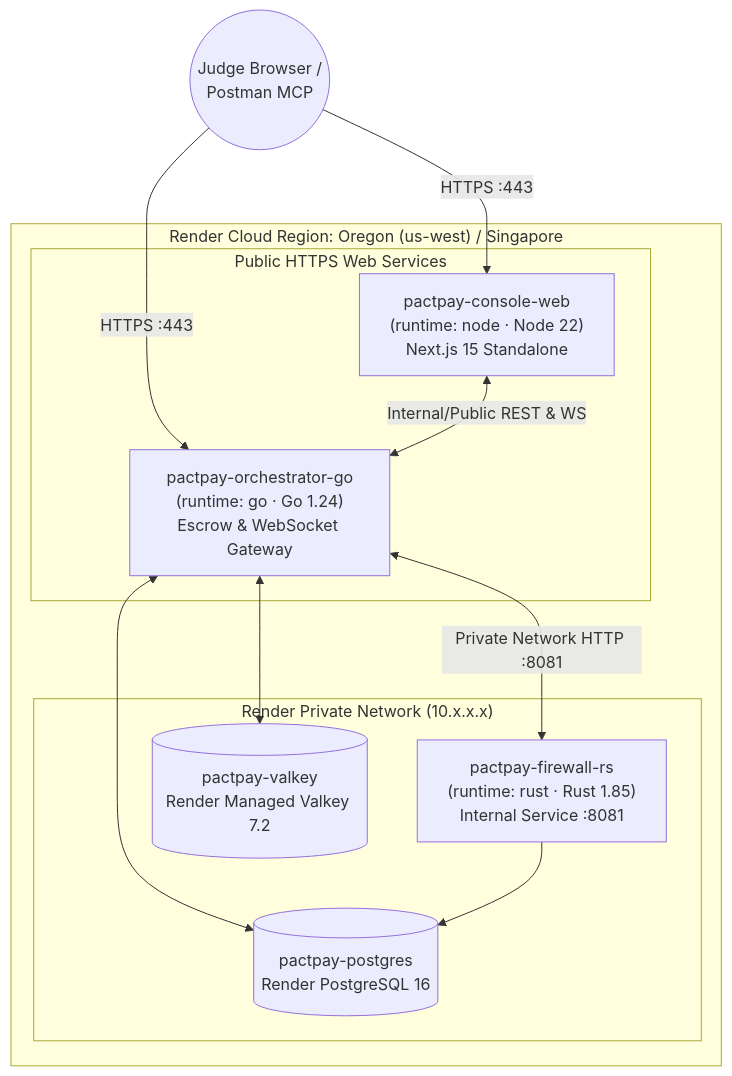
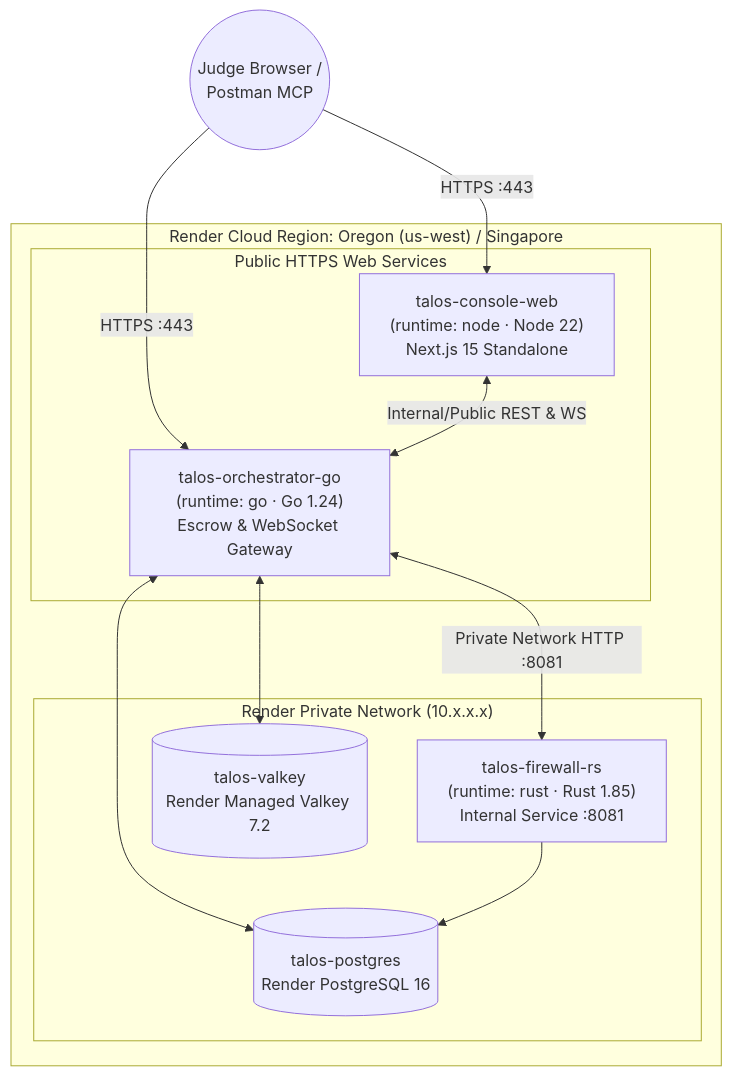
One commit to sruj08/Talos changed the ninth of 9 diagrams in docs/03-engineering/ARCHITECTURE.md. Above: the diagram before and after it, drawn with Mermaid. The commit also changed other lines of this file and 457 other files, not shown here.

Commit message:
feat: initialize polyglot project architecture with comprehensive documentation, Go orchestrator, and Rust firewall services

````diff
--- a/docs/03-engineering/ARCHITECTURE.md
+++ b/docs/03-engineering/ARCHITECTURE.md
@@ -261,21 +261,21 @@
 ```mermaid
 flowchart TB
     subgraph RenderCloud["Render Cloud Region: Oregon (us-west) / Singapore"]
         subgraph PublicServices["Public HTTPS Web Services"]
-            NextWeb["pactpay-console-web<br/>(runtime: node · Node 22)<br/>Next.js 15 Standalone"]
-            GoOrch["pactpay-orchestrator-go<br/>(runtime: go · Go 1.24)<br/>Escrow & WebSocket Gateway"]
+            NextWeb["talos-console-web<br/>(runtime: node · Node 22)<br/>Next.js 15 Standalone"]
+            GoOrch["talos-orchestrator-go<br/>(runtime: go · Go 1.24)<br/>Escrow & WebSocket Gateway"]
         end
 
         subgraph PrivateInternal["Render Private Network (10.x.x.x)"]
-            RustFw["pactpay-firewall-rs<br/>(runtime: rust · Rust 1.85)<br/>Internal Service :8081"]
-            PG16[("pactpay-postgres<br/>Render PostgreSQL 16")]
-            Valkey[("pactpay-valkey<br/>Render Managed Valkey 7.2")]
+            RustFw["talos-firewall-rs<br/>(runtime: rust · Rust 1.85)<br/>Internal Service :8081"]
+            PG16[("talos-postgres<br/>Render PostgreSQL 16")]
+            Valkey[("talos-valkey<br/>Render Managed Valkey 7.2")]
         end
     end
 
     Internet(("Judge Browser /<br/>Postman MCP")) -->|"HTTPS :443"| NextWeb & GoOrch
     NextWeb <-->|"Internal/Public REST & WS"| GoOrch
     GoOrch <-->|"Private Network HTTP :8081"| RustFw
     GoOrch <--> PG16 & Valkey
     RustFw --> PG16
 ```
````
